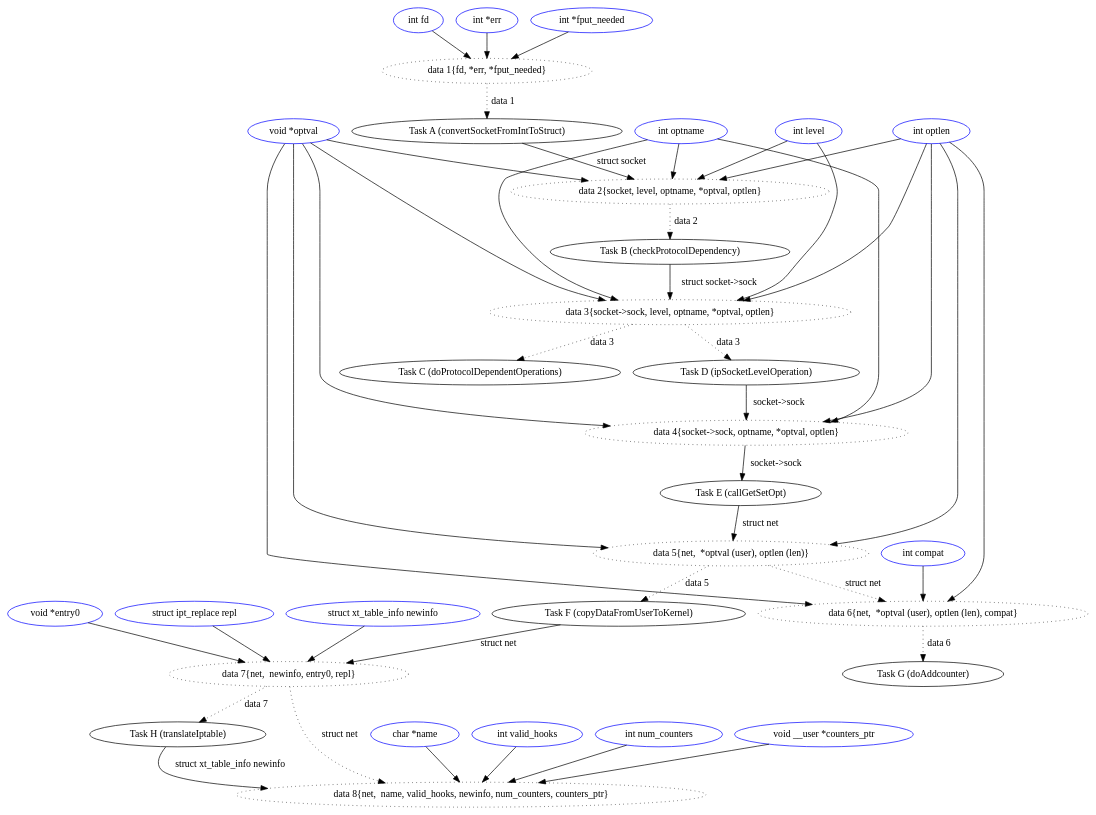
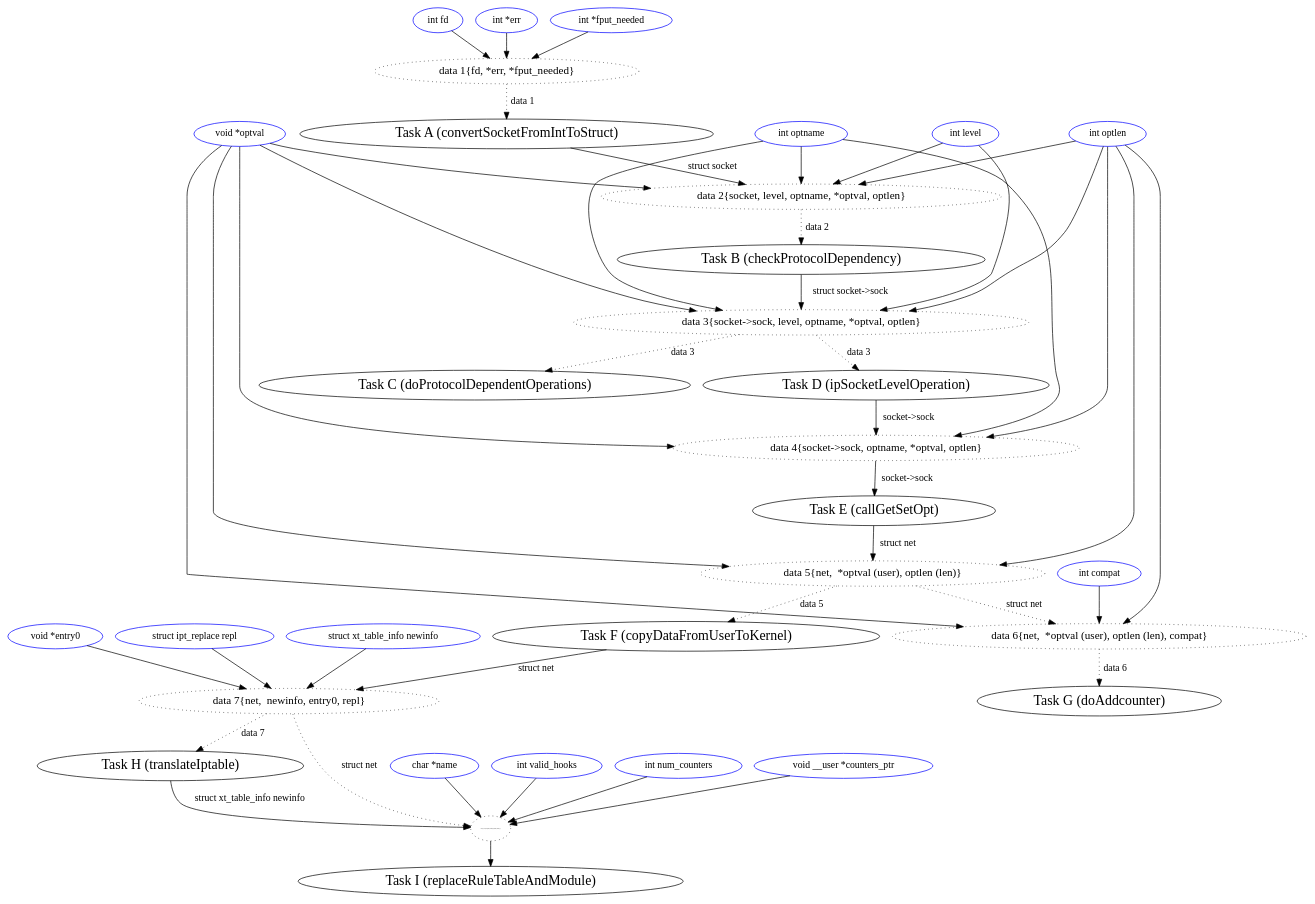
The diagram in Example2/example2.dot (Samuel-Oglegba/Research-Examples), drawn with Graphviz before and after one commit.

Commit message:
dot representation of example2

```diff
--- a/Example2/example2.dot
+++ b/Example2/example2.dot
@@ -1,86 +1,99 @@
 digraph callgraph {
-"int fd" [color=blue];
-"int *err" [color=blue];
-"int *fput_needed" [color=blue];
-"data 1{fd, *err, *fput_needed}"[style=dotted];
+"int fd" [color=blue, fontsize=14, width=0.5];
+"int *err" [color=blue, fontsize=14, width=0.5];
+"int *fput_needed" [color=blue, fontsize=14, width=0.5];
+"data 1{fd, *err, *fput_needed}"[style=dotted, fontsize=16, width=0.5];
 
 "int fd" -> "data 1{fd, *err, *fput_needed}";
 "int *err" -> "data 1{fd, *err, *fput_needed}";
 "int *fput_needed" -> "data 1{fd, *err, *fput_needed}";
 
 "data 1{fd, *err, *fput_needed}"->"Task A (convertSocketFromIntToStruct)"  [label="data 1", style=dotted];
 
 
-"int level" [color=blue];
-"int optname" [color=blue];
-"void *optval" [color=blue];
-"int optlen" [color=blue];
-"data 2{socket, level, optname, *optval, optlen}" [style=dotted];
+"int level" [color=blue, fontsize=14, width=0.5];
+"int optname" [color=blue, fontsize=14, width=0.5];
+"void *optval" [color=blue, fontsize=14, width=0.5];
+"int optlen" [color=blue, fontsize=14, width=0.5];
+"data 2{socket, level, optname, *optval, optlen}" [style=dotted, fontsize=16, width=0.5];
 
+"Task A (convertSocketFromIntToStruct)" [fontsize=20, width=0.5];
 "Task A (convertSocketFromIntToStruct)" -> "data 2{socket, level, optname, *optval, optlen}"  [label="struct socket"];
 "int level" -> "data 2{socket, level, optname, *optval, optlen}";
 "int optname" -> "data 2{socket, level, optname, *optval, optlen}";
 "void *optval" -> "data 2{socket, level, optname, *optval, optlen}";
 "int optlen" -> "data 2{socket, level, optname, *optval, optlen}";
+
+"Task B (checkProtocolDependency)"  [fontsize=20, width=0.5];
 "data 2{socket, level, optname, *optval, optlen}" -> "Task B (checkProtocolDependency)"  [label="data 2", style=dotted];
 
 
-"data 3{socket->sock, level, optname, *optval, optlen}" [style=dotted];
+"Task C (doProtocolDependentOperations)" [fontsize=20, width=0.5];
+"data 3{socket->sock, level, optname, *optval, optlen}" [style=dotted, fontsize=16, width=0.5];
 "Task B (checkProtocolDependency)" -> "data 3{socket->sock, level, optname, *optval, optlen}"  [label="struct socket->sock"];
 "int level" -> "data 3{socket->sock, level, optname, *optval, optlen}";
 "int optname" -> "data 3{socket->sock, level, optname, *optval, optlen}";
 "void *optval" -> "data 3{socket->sock, level, optname, *optval, optlen}";
 "int optlen" -> "data 3{socket->sock, level, optname, *optval, optlen}";
 "data 3{socket->sock, level, optname, *optval, optlen}" -> "Task C (doProtocolDependentOperations)" [label="data 3", style=dotted];
+
+"Task D (ipSocketLevelOperation)" [fontsize=20, width=0.5];
 "data 3{socket->sock, level, optname, *optval, optlen}" -> "Task D (ipSocketLevelOperation)" [label="data 3", style=dotted];
 
 
-"data 4{socket->sock, optname, *optval, optlen}" [style=dotted];
+"Task E (callGetSetOpt)" [fontsize=20, width=0.5];
+"data 4{socket->sock, optname, *optval, optlen}" [style=dotted, fontsize=16, width=0.5];
 "Task D (ipSocketLevelOperation)" -> "data 4{socket->sock, optname, *optval, optlen}" [label="socket->sock"];
 "int optname" -> "data 4{socket->sock, optname, *optval, optlen}";
 "void *optval" -> "data 4{socket->sock, optname, *optval, optlen}";
 "int optlen" -> "data 4{socket->sock, optname, *optval, optlen}";
 "data 4{socket->sock, optname, *optval, optlen}" -> "Task E (callGetSetOpt)" [label="socket->sock"];
 
 
-"data 5{net,  *optval (user), optlen (len)}" [style=dotted];
+"Task F (copyDataFromUserToKernel)" [fontsize=20, width=0.5];
+"data 5{net,  *optval (user), optlen (len)}" [style=dotted, fontsize=16, width=0.5];
 "Task E (callGetSetOpt)" -> "data 5{net,  *optval (user), optlen (len)}"  [label="struct net"];
 "void *optval" -> "data 5{net,  *optval (user), optlen (len)}"
 "int optlen" -> "data 5{net,  *optval (user), optlen (len)}"
 "data 5{net,  *optval (user), optlen (len)}"-> "Task F (copyDataFromUserToKernel)" [label="data 5", style=dotted];
 
 
-"data 6{net,  *optval (user), optlen (len), compat}" [style=dotted];
-"int compat"[color=blue];
+"data 6{net,  *optval (user), optlen (len), compat}" [style=dotted, fontsize=16, width=0.5];
+"int compat"[color=blue, fontsize=14, width=0.5];
 "int compat" -> "data 6{net,  *optval (user), optlen (len), compat}";
 "void *optval" -> "data 6{net,  *optval (user), optlen (len), compat}";
 "int optlen" -> "data 6{net,  *optval (user), optlen (len), compat}";
 "data 5{net,  *optval (user), optlen (len)}" -> "data 6{net,  *optval (user), optlen (len), compat}" [label="struct net", style=dotted];
 
+"Task G (doAddcounter)" [fontsize=20, width=0.5];
 "data 6{net,  *optval (user), optlen (len), compat}" -> "Task G (doAddcounter)" [label="data 6",style=dotted];
 
-"data 7{net,  newinfo, entry0, repl}"[style=dotted];
-"struct xt_table_info newinfo" [color=blue];
-"void *entry0" [color=blue];
-"struct ipt_replace repl" [color=blue];
+"data 7{net,  newinfo, entry0, repl}"[style=dotted, fontsize=16, width=0.5];
+"struct xt_table_info newinfo" [color=blue, fontsize=14, width=0.5];
+"void *entry0" [color=blue, fontsize=14, width=0.5];
+"struct ipt_replace repl" [color=blue, fontsize=14, width=0.5];
 "Task F (copyDataFromUserToKernel)" -> "data 7{net,  newinfo, entry0, repl}" [label="struct net"];
 "struct xt_table_info newinfo" -> "data 7{net,  newinfo, entry0, repl}" 
 "void *entry0" -> "data 7{net,  newinfo, entry0, repl}" 
 "struct ipt_replace repl" -> "data 7{net,  newinfo, entry0, repl}" 
+
+"Task H (translateIptable)" [fontsize=20, width=0.5];
 "data 7{net,  newinfo, entry0, repl}" -> "Task H (translateIptable)" [label="data 7", style=dotted];
 
-"data 8{net,  name, valid_hooks, newinfo, num_counters, counters_ptr}" [style=dotted];
-"char *name" [color=blue];
-"int valid_hooks" [color=blue];
-"int num_counters" [color=blue];
-"void __user *counters_ptr" [color=blue];
+"data 8{net,  name, valid_hooks, newinfo, num_counters, counters_ptr}" [style=dotted, fontsize=16, width=0.5];
+"char *name" [color=blue, fontsize=14, width=0.5];
+"int valid_hooks" [color=blue, fontsize=14, width=0.5];
+"int num_counters" [color=blue, fontsize=14, width=0.5];
+"void __user *counters_ptr" [color=blue, fontsize=14, width=0.5];
 
+"data 8{net,  name, valid_hooks, newinfo, num_counters, counters_ptr}" [style=dotted, fontsize=1, width=0.5];
 "Task H (translateIptable)" -> "data 8{net,  name, valid_hooks, newinfo, num_counters, counters_ptr}"  [label="struct xt_table_info newinfo"];
 "char *name" -> "data 8{net,  name, valid_hooks, newinfo, num_counters, counters_ptr}" ;
 "int valid_hooks"-> "data 8{net,  name, valid_hooks, newinfo, num_counters, counters_ptr}" ;
 "int num_counters" -> "data 8{net,  name, valid_hooks, newinfo, num_counters, counters_ptr}";
 "void __user *counters_ptr" -> "data 8{net,  name, valid_hooks, newinfo, num_counters, counters_ptr}";
 "data 7{net,  newinfo, entry0, repl}"  -> "data 8{net,  name, valid_hooks, newinfo, num_counters, counters_ptr}" [label="struct net", style=dotted];
 
-
+"Task I (replaceRuleTableAndModule)" [fontsize=20, width=0.5];
+"data 8{net,  name, valid_hooks, newinfo, num_counters, counters_ptr}" -> "Task I (replaceRuleTableAndModule)" [fontsize=1, width=0.5];
 }
```
